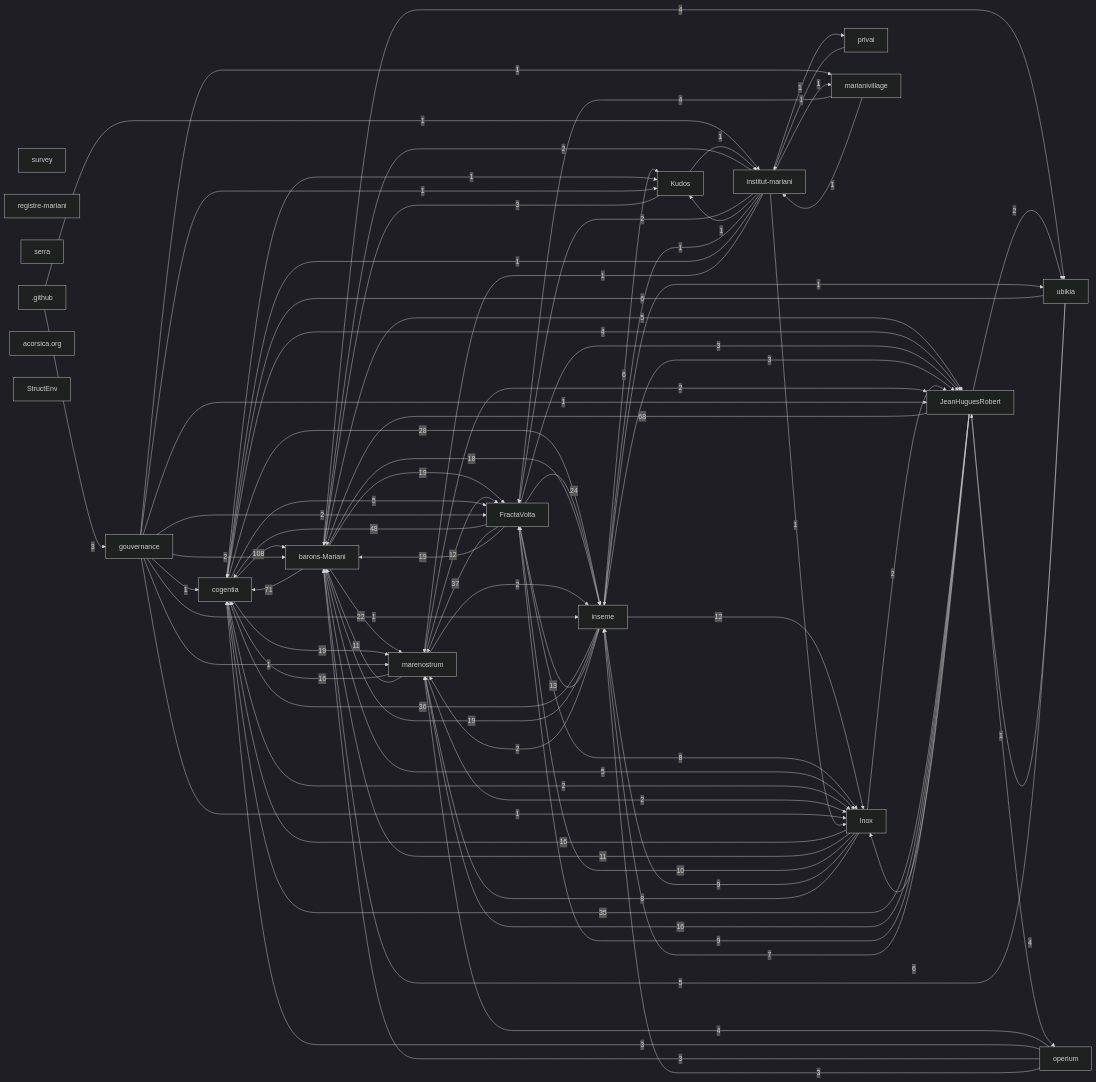
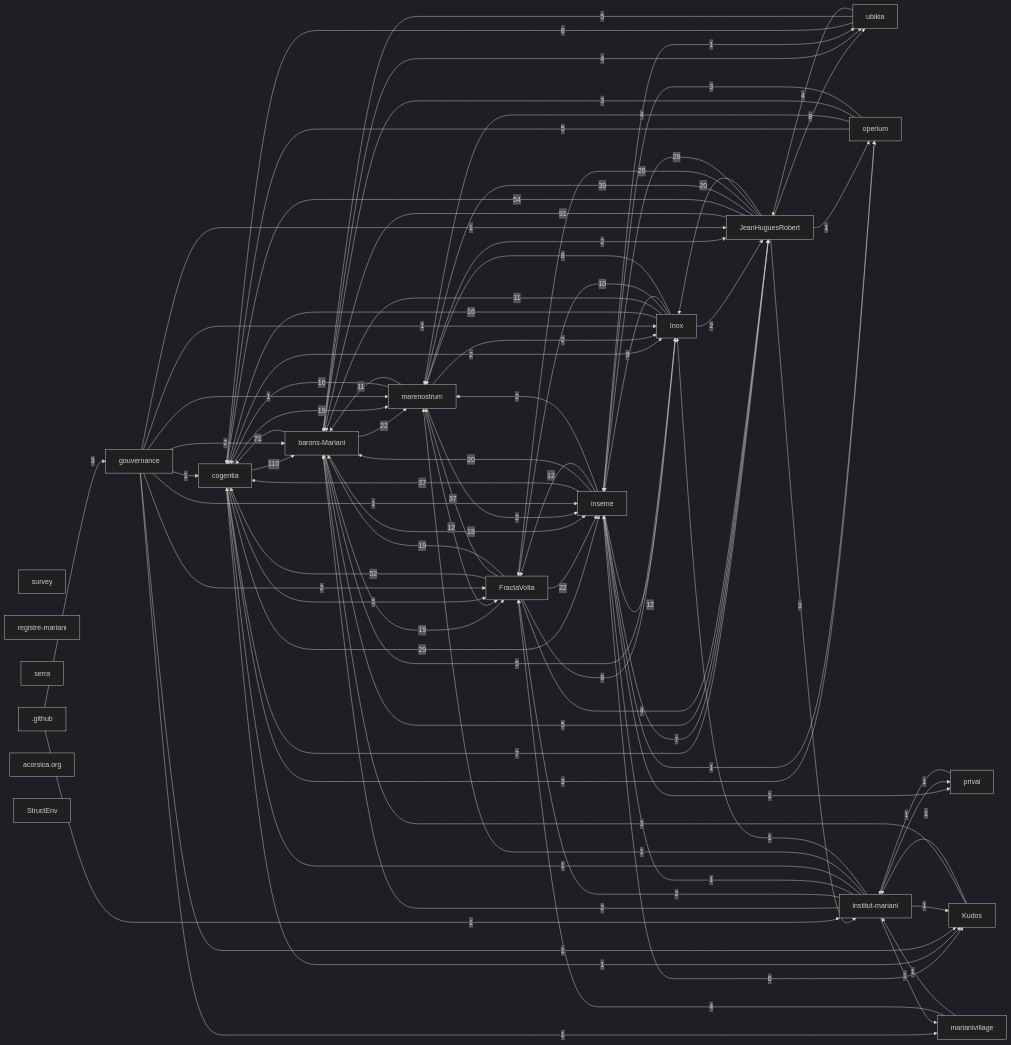
Before and after one commit to JeanHuguesRobert/FractaVolta: the first of 2 diagrams in research/corpus-status.md, drawn with Mermaid (dark theme). The commit also changed other lines of this file and 7 other files, not shown here.

```diff
--- a/research/corpus-status.md
+++ b/research/corpus-status.md
@@ -75,52 +75,55 @@
   r_github[".github"]
   r_acorsica_org["acorsica.org"]
   r_structenv["StructEnv"]
-  r_cogentia -->|108| r_barons_mariani
+  r_cogentia -->|110| r_barons_mariani
+  r_jeanhuguesrobert -->|91| r_barons_mariani
   r_barons_mariani -->|71| r_cogentia
-  r_jeanhuguesrobert -->|68| r_barons_mariani
-  r_fractavolta -->|48| r_cogentia
+  r_jeanhuguesrobert -->|54| r_cogentia
+  r_fractavolta -->|52| r_cogentia
+  r_jeanhuguesrobert -->|39| r_marenostrum
   r_fractavolta -->|37| r_marenostrum
-  r_inseme -->|36| r_cogentia
-  r_jeanhuguesrobert -->|35| r_cogentia
-  r_cogentia -->|28| r_inseme
-  r_fractavolta -->|24| r_inseme
+  r_inseme -->|37| r_cogentia
+  r_cogentia -->|29| r_inseme
+  r_jeanhuguesrobert -->|26| r_fractavolta
+  r_jeanhuguesrobert -->|26| r_inseme
   r_barons_mariani -->|22| r_marenostrum
+  r_fractavolta -->|22| r_inseme
+  r_inseme -->|20| r_barons_mariani
+  r_jeanhuguesrobert -->|20| r_inox
   r_barons_mariani -->|19| r_fractavolta
   r_cogentia -->|19| r_marenostrum
   r_fractavolta -->|19| r_barons_mariani
-  r_inseme -->|19| r_barons_mariani
   r_barons_mariani -->|18| r_inseme
   r_inox -->|16| r_cogentia
-  r_jeanhuguesrobert -->|16| r_marenostrum
   r_marenostrum -->|16| r_cogentia
-  r_inseme -->|13| r_fractavolta
+  r_inseme -->|12| r_fractavolta
   r_inseme -->|12| r_inox
   r_marenostrum -->|12| r_fractavolta
   r_inox -->|11| r_barons_mariani
   r_marenostrum -->|11| r_barons_mariani
   r_inox -->|10| r_fractavolta
   r_inox -->|9| r_inseme
-  r_jeanhuguesrobert -->|9| r_fractavolta
   r_fractavolta -->|8| r_inox
   r_inox -->|8| r_marenostrum
-  r_jeanhuguesrobert -->|7| r_inseme
+  r_jeanhuguesrobert -->|8| r_ubikia
+  r_ubikia -->|8| r_cogentia
+  r_cogentia -->|7| r_jeanhuguesrobert
+  r_inseme -->|7| r_jeanhuguesrobert
   r_inseme -->|6| r_kudos
-  r_jeanhuguesrobert -->|6| r_inox
-  r_ubikia -->|6| r_cogentia
   r_barons_mariani -->|5| r_inox
   r_barons_mariani -->|5| r_jeanhuguesrobert
   r_cogentia -->|5| r_fractavolta
+  r_operium -->|5| r_cogentia
   r_ubikia -->|5| r_barons_mariani
   r_barons_mariani -->|4| r_ubikia
-  r_cogentia -->|4| r_jeanhuguesrobert
+  r_fractavolta -->|4| r_jeanhuguesrobert
   r_marianivillage -->|4| r_fractavolta
   r_operium -->|4| r_marenostrum
   r_ubikia -->|4| r_jeanhuguesrobert
   r_github -->|3| r_gouvernance
-  r_fractavolta -->|3| r_jeanhuguesrobert
-  r_inseme -->|3| r_jeanhuguesrobert
+  r_cogentia -->|3| r_operium
+  r_jeanhuguesrobert -->|3| r_institut_mariani
   r_kudos -->|3| r_barons_mariani
-  r_operium -->|3| r_cogentia
   r_operium -->|3| r_barons_mariani
   r_operium -->|3| r_inseme
   r_cogentia -->|2| r_inox
@@ -130,7 +133,6 @@
   r_inseme -->|2| r_marenostrum
   r_institut_mariani -->|2| r_barons_mariani
   r_institut_mariani -->|2| r_fractavolta
-  r_jeanhuguesrobert -->|2| r_ubikia
   r_marenostrum -->|2| r_jeanhuguesrobert
   r_marenostrum -->|2| r_inseme
   r_marenostrum -->|2| r_inox
@@ -143,6 +145,8 @@
   r_gouvernance -->|1| r_inox
   r_gouvernance -->|1| r_kudos
   r_gouvernance -->|1| r_marianivillage
+  r_inseme -->|1| r_operium
+  r_inseme -->|1| r_privai
   r_inseme -->|1| r_ubikia
   r_institut_mariani -->|1| r_privai
   r_institut_mariani -->|1| r_kudos
```
